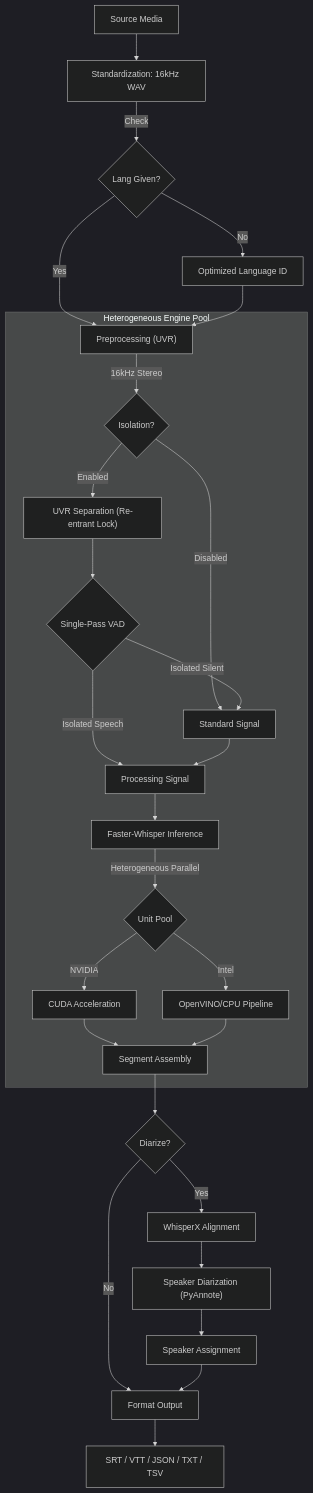
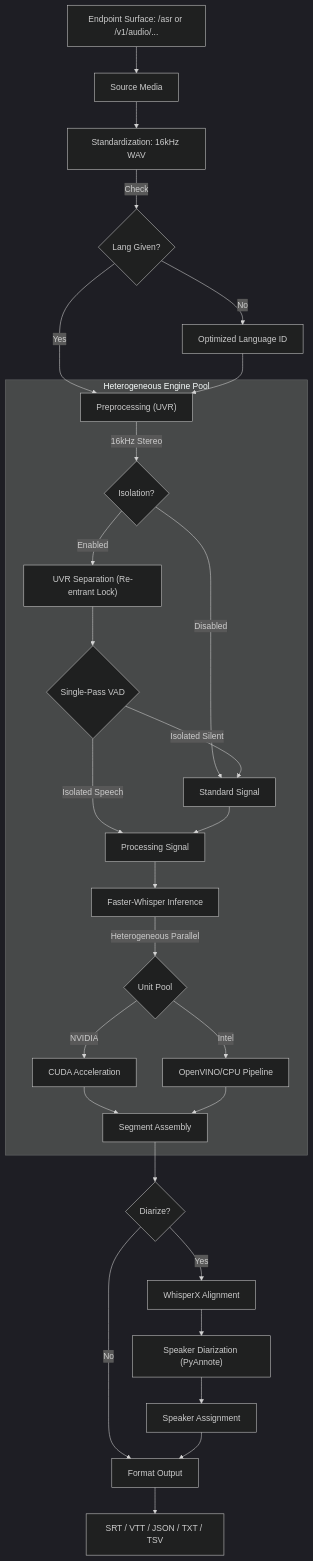
The first of 4 diagrams in docs/ARCHITECTURE.md (AmirulAndalib/Whisper-Pro-ASR), drawn with Mermaid (dark theme) before and after one commit. The commit also changed other lines of this file and 152 other files, not shown here.

````diff
--- a/docs/ARCHITECTURE.md
+++ b/docs/ARCHITECTURE.md
@@ -31,34 +48,35 @@
 ```mermaid
 graph TD
-    A["Source Media"] --> STD["Standardization: 16kHz WAV"]
+    EP["Endpoint Surface: /asr or /v1/audio/..."] --> A["Source Media"]
+    A --> STD["Standardization: 16kHz WAV"]
     STD -->|Check| L{"Lang Given?"}
     L -->|No| LD["Optimized Language ID"]
     L -->|Yes| PRE["Preprocessing (UVR)"]
     LD --> PRE
     
     subgraph CORE ["Heterogeneous Engine Pool"]
     PRE -->|16kHz Stereo| C{"Isolation?"}
     C -->|Enabled| D["UVR Separation (Re-entrant Lock)"]
     C -->|Disabled| E["Standard Signal"]
     
     D --> VAD{"Single-Pass VAD"}
     VAD -->|Isolated Silent| E
     VAD -->|Isolated Speech| F["Processing Signal"]
     E --> F
     
     F --> G["Faster-Whisper Inference"]
     G -->|Heterogeneous Parallel| H{"Unit Pool"}
     H -->|NVIDIA| I["CUDA Acceleration"]
     H -->|Intel| J["OpenVINO/CPU Pipeline"]
     I --> K["Segment Assembly"]
     J --> K
     end
 
     K --> DIAR{"Diarize?"}
     DIAR -->|No| FMT["Format Output"]
     DIAR -->|Yes| ALIGN["WhisperX Alignment"]
     ALIGN --> SPEAK["Speaker Diarization (PyAnnote)"]
     SPEAK --> ASSIGN["Speaker Assignment"]
     ASSIGN --> FMT
     FMT --> OUT["SRT / VTT / JSON / TXT / TSV"]
 ```
````
